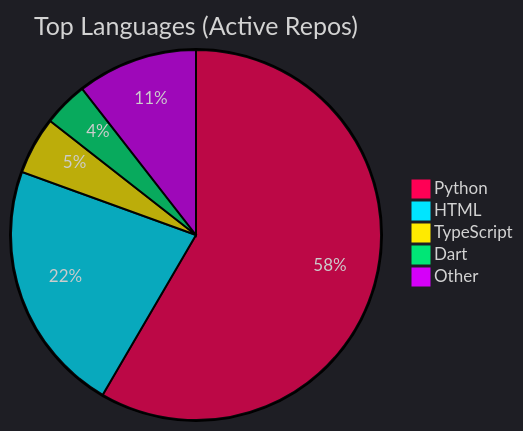
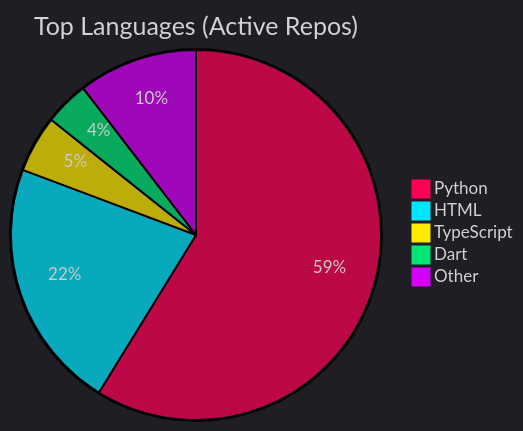
The diagram in README.md (Nzettodess/Nzettodess), drawn with Mermaid before and after one commit. The commit also changed other lines of this file, not shown here.

Commit message:
Update recent activity [skip ci]

````diff
--- a/README.md
+++ b/README.md
@@ -35,9 +35,9 @@
 ```mermaid
 %%{init: {'theme': 'dark', 'themeVariables': { 'pie1': '#FF0055', 'pie2': '#00E5FF', 'pie3': '#FFEA00', 'pie4': '#00E676', 'pie5': '#D500F9' }}}%%
 pie title Top Languages (Active Repos)
-    "Python" : 58.42
-    "HTML" : 22.13
-    "TypeScript" : 5.03
-    "Dart" : 3.91
-    "Other" : 10.53
+    "Python" : 58.79
+    "HTML" : 21.93
+    "TypeScript" : 4.98
+    "Dart" : 3.87
+    "Other" : 10.43
 ```
````
